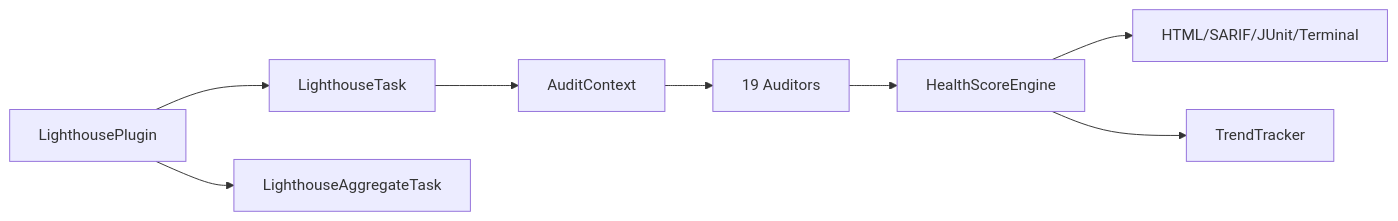
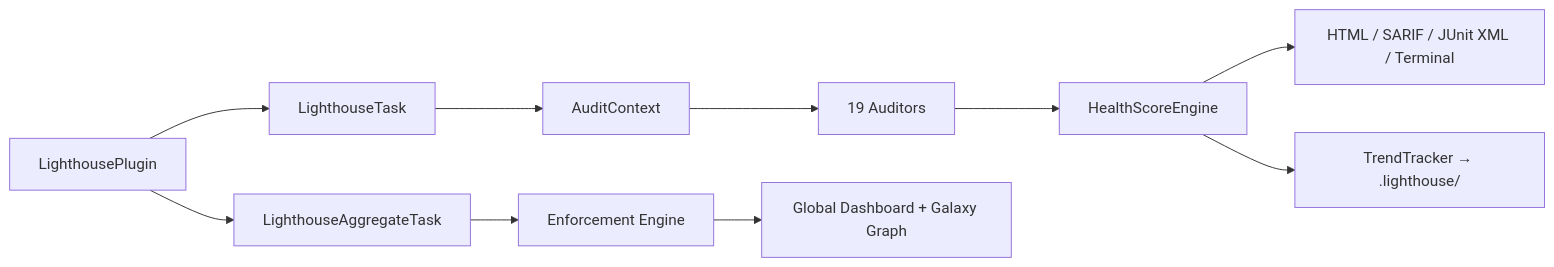
The second of 2 diagrams in docs/HLD.md (dev-vikas-soni/gradle-lighthouse), drawn with Mermaid before and after one commit. The commit also changed other lines of this file and 62 other files, not shown here.

````diff
--- a/docs/HLD.md
+++ b/docs/HLD.md
@@ -111,10 +151,12 @@
 ```mermaid
 graph LR
     Plugin[LighthousePlugin] --> Task[LighthouseTask]
     Plugin --> Aggregate[LighthouseAggregateTask]
     Task --> Context[AuditContext]
     Context --> Auditors[19 Auditors]
     Auditors --> Score[HealthScoreEngine]
-    Score --> Reports[HTML/SARIF/JUnit/Terminal]
-    Score --> Trend[TrendTracker]
+    Score --> Reports[HTML / SARIF / JUnit XML / Terminal]
+    Score --> Trend[TrendTracker → .lighthouse/]
+    Aggregate --> Enforcement[Enforcement Engine]
+    Enforcement --> Dashboard[Global Dashboard + Galaxy Graph]
 ```
````
